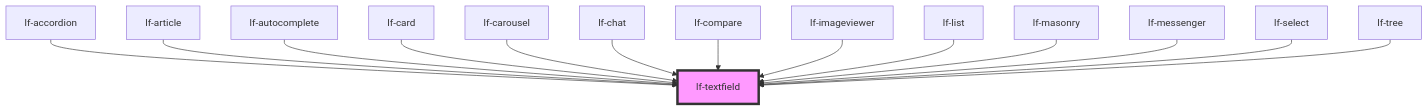
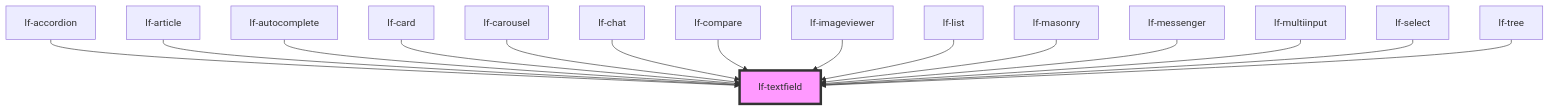
Before and after one commit to lucafoscili/lf-widgets: the diagram in packages/core/src/components/lf-textfield/readme.md, drawn with Mermaid. The commit also changed other lines of this file and 7 other files, not shown here.

````diff
--- a/packages/core/src/components/lf-textfield/readme.md
+++ b/packages/core/src/components/lf-textfield/readme.md
@@ -188,17 +189,18 @@
 ```mermaid
 graph TD;
   lf-accordion --> lf-textfield
   lf-article --> lf-textfield
   lf-autocomplete --> lf-textfield
   lf-card --> lf-textfield
   lf-carousel --> lf-textfield
   lf-chat --> lf-textfield
   lf-compare --> lf-textfield
   lf-imageviewer --> lf-textfield
   lf-list --> lf-textfield
   lf-masonry --> lf-textfield
   lf-messenger --> lf-textfield
+  lf-multiinput --> lf-textfield
   lf-select --> lf-textfield
   lf-tree --> lf-textfield
   style lf-textfield fill:#f9f,stroke:#333,stroke-width:4px
 ```
````
